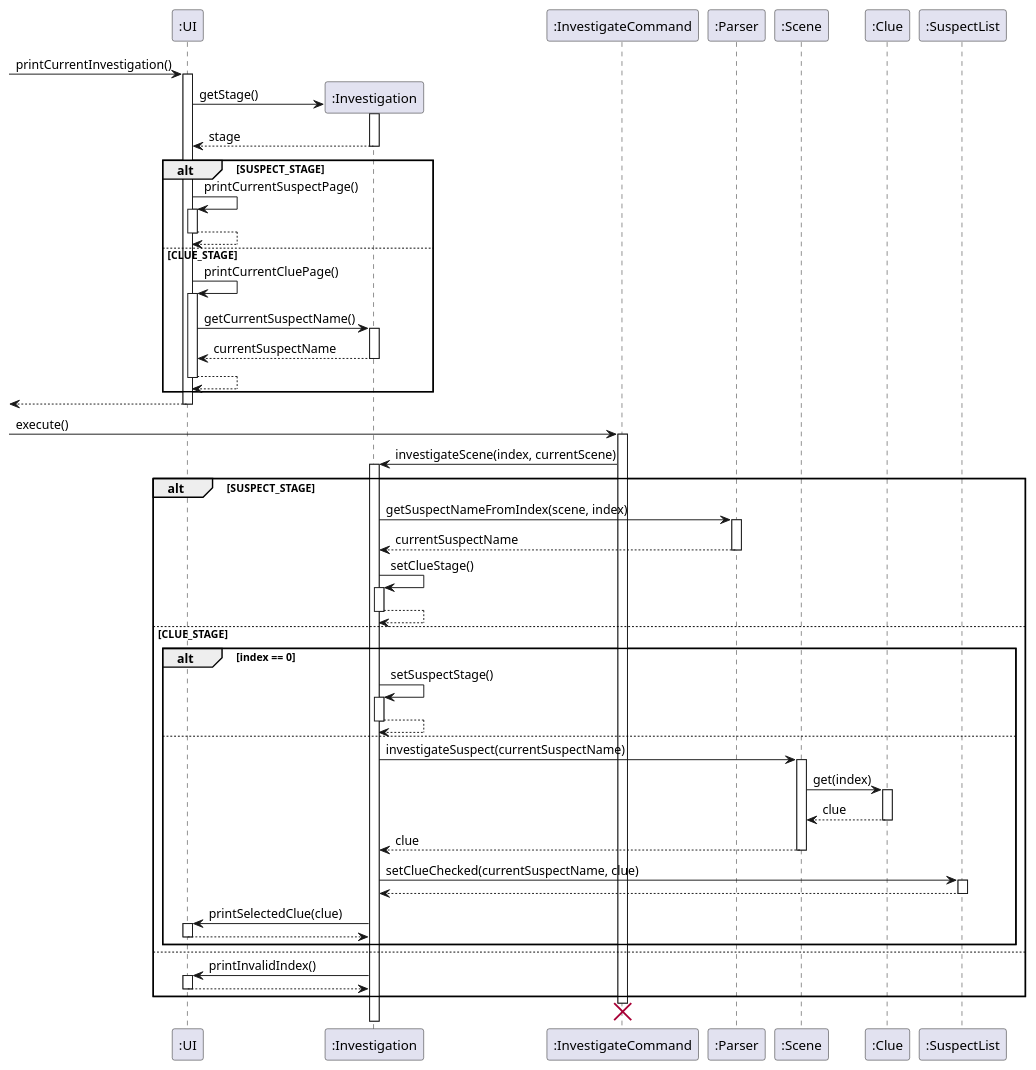
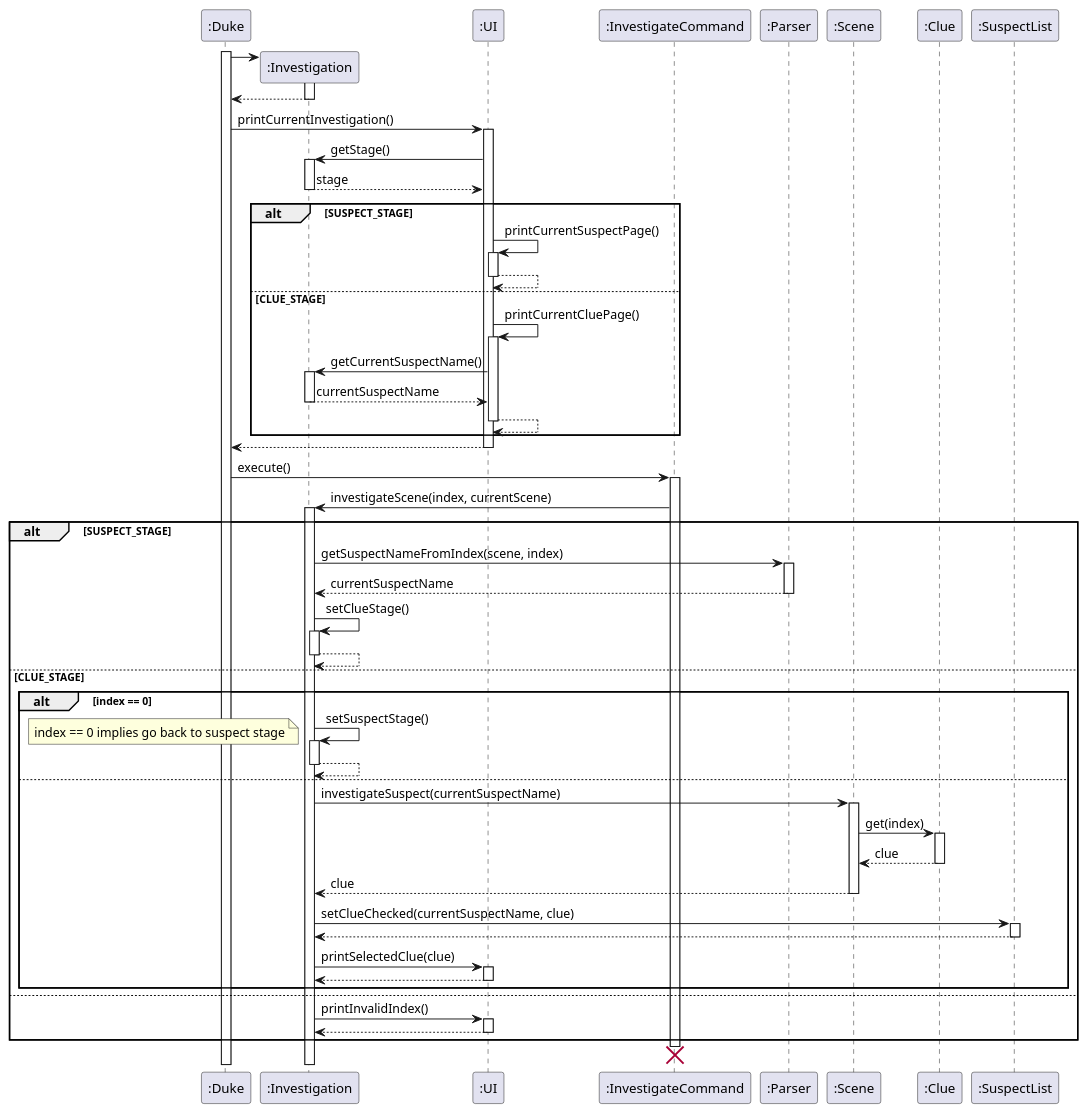
One commit to peng-217/tp changed the diagram in docs/Investigation_Sequence_Diagram.puml. Above: the diagram before and after it, drawn with PlantUML. The commit also changed 3 other files, not shown here.

```diff
--- a/docs/Investigation_Sequence_Diagram.puml
+++ b/docs/Investigation_Sequence_Diagram.puml
@@ -1,69 +1,78 @@
 @startuml
 'https://plantuml.com/sequence-diagram
 
--> ":UI" : printCurrentInvestigation()
-activate ":UI"
+create ":Duke"
+activate ":Duke"
 
 create ":Investigation"
+":Duke" -> ":Investigation"
+activate ":Investigation"
+return
+
+":Duke" -> ":UI" : printCurrentInvestigation()
+activate ":UI"
 
 ":UI" -> ":Investigation": getStage()
 activate ":Investigation"
 return stage
 
 
 alt SUSPECT_STAGE
     ":UI" -> ":UI": printCurrentSuspectPage()
     activate ":UI"
     return
 
 else CLUE_STAGE
     ":UI" -> ":UI": printCurrentCluePage()
     activate ":UI"
     ":UI" -> ":Investigation": getCurrentSuspectName()
     activate ":Investigation"
     return currentSuspectName
     return
 end
 
 return
 
--> ":InvestigateCommand": execute()
+":Duke" -> ":InvestigateCommand": execute()
 activate ":InvestigateCommand"
 ":InvestigateCommand" -> ":Investigation": investigateScene(index, currentScene)
 alt SUSPECT_STAGE
     activate ":Investigation"
     ":Investigation" -> ":Parser": getSuspectNameFromIndex(scene, index)
     activate ":Parser"
     return currentSuspectName
 
     ":Investigation" -> ":Investigation": setClueStage()
     activate ":Investigation"
     return
 else CLUE_STAGE
     alt index == 0
         ":Investigation" -> ":Investigation": setSuspectStage()
+        note top
+            index == 0 implies go back to suspect stage
+        end note
         activate ":Investigation"
         return
     else
         ":Investigation" -> ":Scene": investigateSuspect(currentSuspectName)
         activate ":Scene"
         ":Scene" -> ":Clue": get(index)
         activate ":Clue"
         return clue
         return clue
         ":Investigation" -> ":SuspectList": setClueChecked(currentSuspectName, clue)
         activate ":SuspectList"
         return
         ":Investigation" -> ":UI": printSelectedClue(clue)
         activate ":UI"
         return
     end
 else
     ":Investigation" -> ":UI": printInvalidIndex()
     activate ":UI"
     return
 end
 
 destroy ":InvestigateCommand"
 
 @enduml
```
